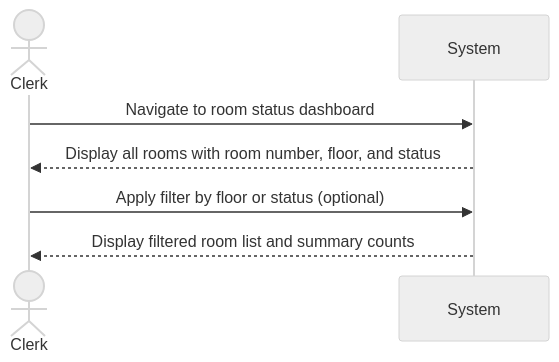
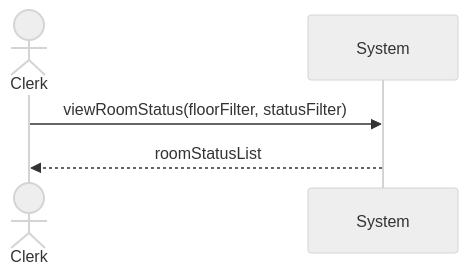
One commit to JaceYar/Software1-Proj changed the diagram in Documentation/User-Cases/RoomInventoryThemeManagement.md. Above: the diagram before and after it, drawn with Mermaid (neutral theme). The commit also changed 18 other files, not shown here.

````diff
--- a/Documentation/User-Cases/RoomInventoryThemeManagement.md
+++ b/Documentation/User-Cases/RoomInventoryThemeManagement.md
@@ -11,10 +11,8 @@
 ```mermaid
 sequenceDiagram
     actor Clerk
     participant System
 
-    Clerk->>System: Navigate to room status dashboard
-    System-->>Clerk: Display all rooms with room number, floor, and status
-    Clerk->>System: Apply filter by floor or status (optional)
-    System-->>Clerk: Display filtered room list and summary counts
+    Clerk->>System: viewRoomStatus(floorFilter, statusFilter)
+    System-->>Clerk: roomStatusList
 ```
````
